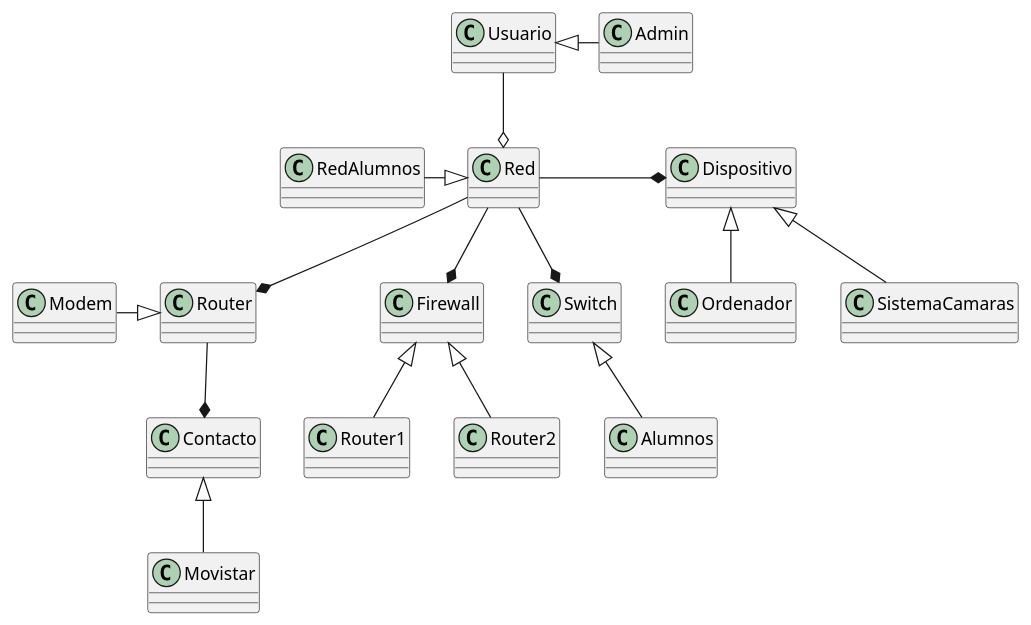
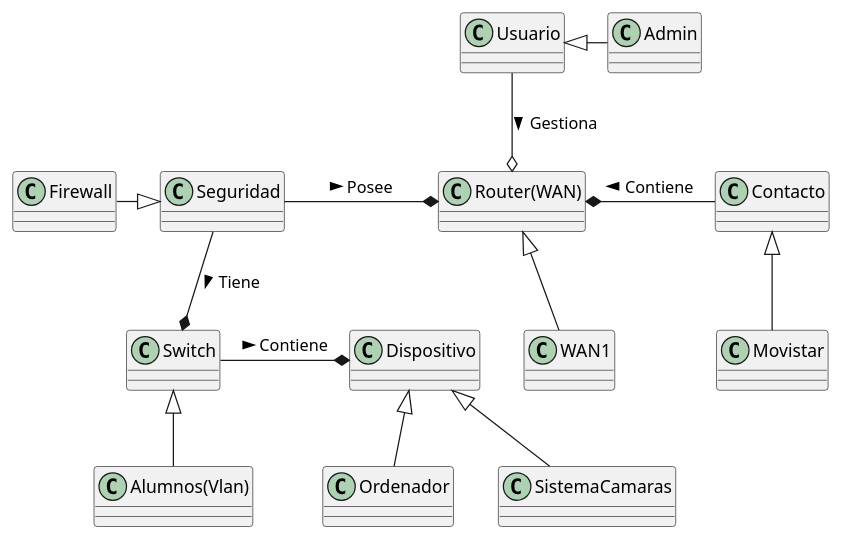
One commit to mmasias/IdSw1-22-23 changed the diagram in 000-entregas/modeloDeDominio/proyectoV1.plantuml. Above: the diagram before and after it, drawn with PlantUML. The commit also changed 9 other files, not shown here.

Commit message:
[feature] creacion del diagrama de objetos y actualizacion del diagrama de estados

```diff
--- a/000-entregas/modeloDeDominio/proyectoV1.plantuml
+++ b/000-entregas/modeloDeDominio/proyectoV1.plantuml
@@ -1,39 +1,24 @@
 @startuml proyecto
-/' Diagrama de Clases -> Diagrama de Objetos -> Diagrama de estados '/
 
-class Router 
-class Firewall
+class "Router(WAN)" 
 class Switch
 class Dispositivo
 class Contacto
 class Usuario
-class Red
+class Seguridad
 
-Red --* Router
-Red --* Firewall
-Red --* Switch
-Red -r-* Dispositivo
-Usuario --o Red
-Router --* Contacto
+Seguridad -r-* "Router(WAN)": Posee >
+Seguridad --* Switch: Tiene >
+Switch -r-* Dispositivo: Contiene >
+Usuario --o "Router(WAN)": Gestiona >
+Contacto -l-* "Router(WAN)" : Contiene >
 
 Usuario <|-r- Admin
-Red <|-l- RedAlumnos
-Router <|-l- Modem
+Seguridad <|-l- Firewall
+"Router(WAN)" <|-d- WAN1
 Contacto <|-- Movistar
-Firewall <|-- Router1
-Firewall <|-- Router2
-Switch <|-- Alumnos
+Switch <|-d- "Alumnos(Vlan)"
 Dispositivo <|-- Ordenador
 Dispositivo <|-- SistemaCamaras
 
-/'
-Router -r-> Firewall
-Firewall -r-> Switch
-Switch --> Dispositivo
-Router -l* Contacto
-'/
-
-/' Usuario --o Red '/
-
-
 @enduml
```
